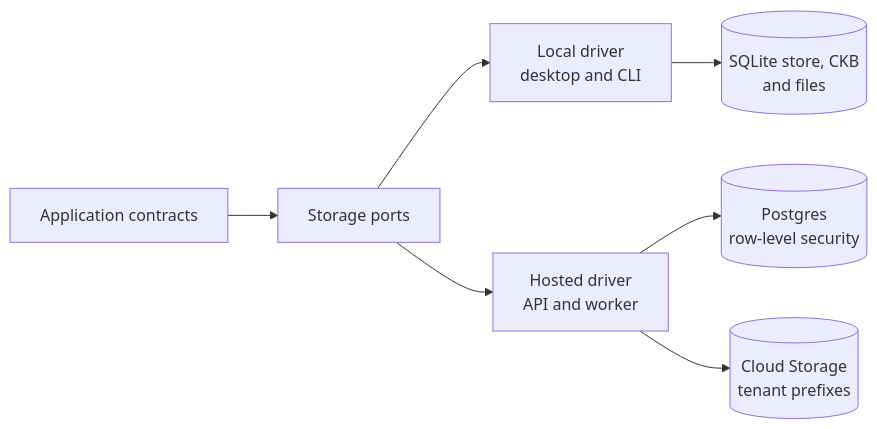
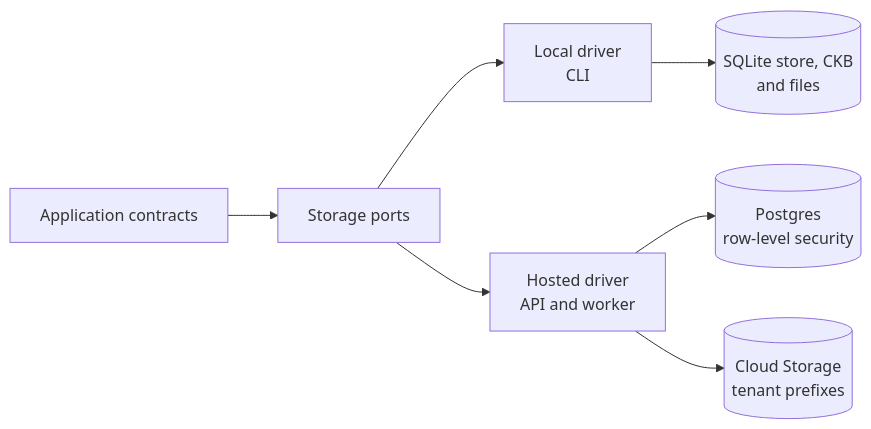
Before and after one commit to akoita/draft-loop: the fifth of 5 diagrams in docs/architecture/overview.md, drawn with Mermaid. The commit also changed other lines of this file and 15 other files, not shown here.

````diff
--- a/docs/architecture/overview.md
+++ b/docs/architecture/overview.md
@@ -217,9 +217,9 @@
 ```mermaid
 flowchart LR
   app["Application contracts"] --> ports["Storage ports"]
-  ports --> local["Local driver<br/>desktop and CLI"]
+  ports --> local["Local driver<br/>CLI"]
   ports --> hosted["Hosted driver<br/>API and worker"]
   local --> sqlite[("SQLite store, CKB<br/>and files")]
   hosted --> pg[("Postgres<br/>row-level security")]
   hosted --> blobs[("Cloud Storage<br/>tenant prefixes")]
 ```
````
